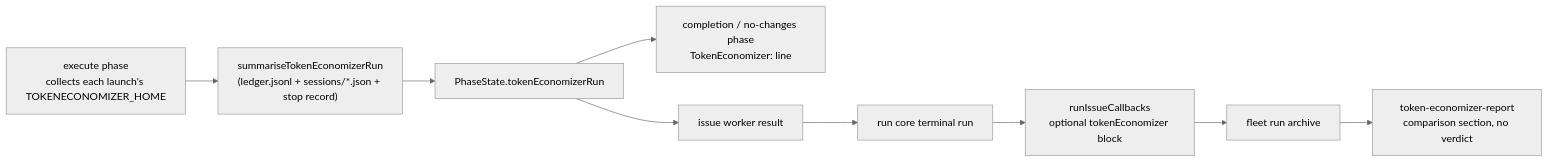
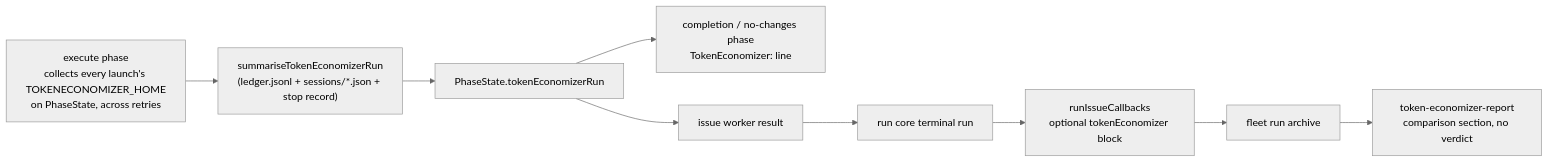
One commit to stSoftwareAU/VibeCoder changed the diagram in docs/archive/pr-summaries/pr-summary-4958.md. Above: the diagram before and after it, drawn with Mermaid (neutral theme). The commit also changed other lines of this file and 4 other files, not shown here.

First line of the commit message:
Sum TokenEconomizer figures over every launch in the run (Issue #4958)

````diff
--- a/docs/archive/pr-summaries/pr-summary-4958.md
+++ b/docs/archive/pr-summaries/pr-summary-4958.md
@@ -80,8 +86,8 @@
 ```mermaid
 flowchart LR
-    E["execute phase<br/>collects each launch's TOKENECONOMIZER_HOME"] --> S["summariseTokenEconomizerRun<br/>(ledger.jsonl + sessions/*.json + stop record)"]
+    E["execute phase<br/>collects every launch's TOKENECONOMIZER_HOME<br/>on PhaseState, across retries"] --> S["summariseTokenEconomizerRun<br/>(ledger.jsonl + sessions/*.json + stop record)"]
     S --> ST["PhaseState.tokenEconomizerRun"]
     ST --> C["completion / no-changes phase<br/>TokenEconomizer: line"]
     ST --> W["issue worker result"] --> RC["run core terminal run"] --> CB["runIssueCallbacks<br/>optional tokenEconomizer block"]
     CB --> AR["fleet run archive"] --> R["token-economizer-report<br/>comparison section, no verdict"]
 ```
````
